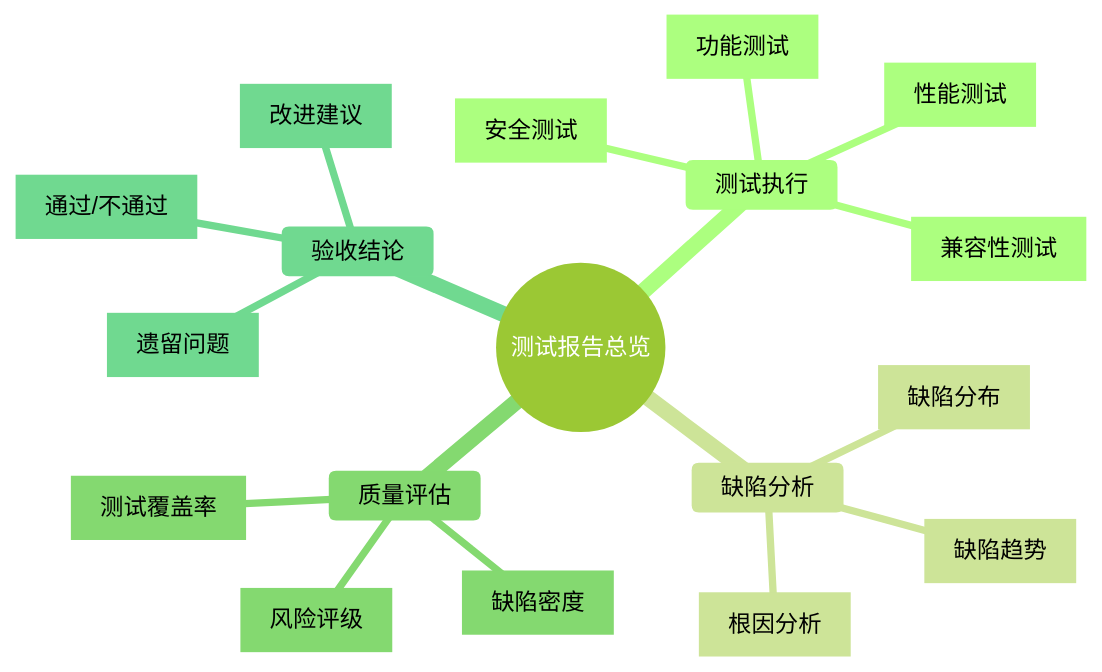
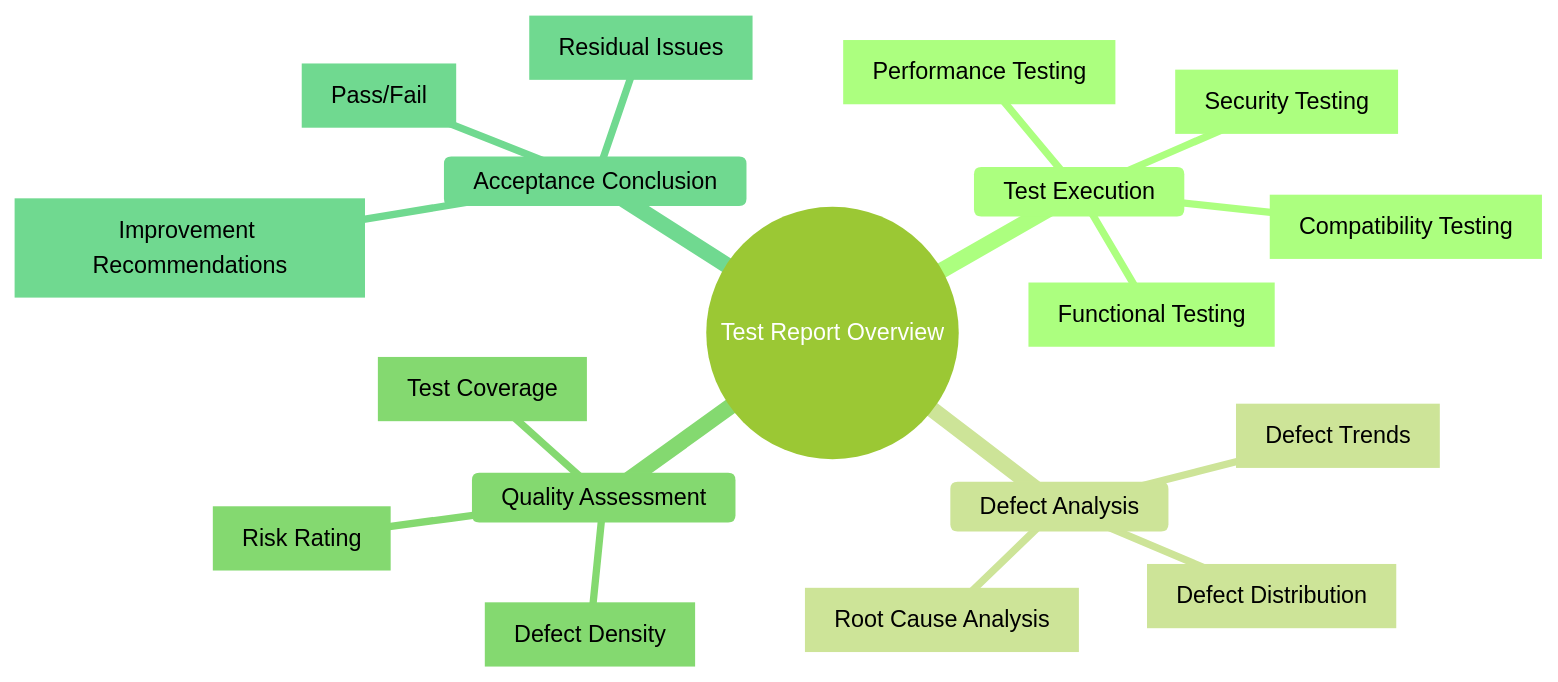
Before and after one commit to Kirky-X/cangjie: the first of 4 diagrams in templates/产品/交付层/【模板】测试报告.md, drawn with Mermaid (forest theme). The commit also changed other lines of this file and 46 other files, not shown here.

````diff
--- a/templates/产品/交付层/【模板】测试报告.md
+++ b/templates/产品/交付层/【模板】测试报告.md
@@ -74,21 +74,21 @@
 ```mermaid
 mindmap
-  root((测试报告总览))
-    测试执行
-      [功能测试]
-      [性能测试]
-      [安全测试]
-      [兼容性测试]
-    缺陷分析
-      [缺陷分布]
-      [缺陷趋势]
-      [根因分析]
-    质量评估
-      [测试覆盖率]
-      [缺陷密度]
-      [风险评级]
-    验收结论
-      [通过/不通过]
-      [遗留问题]
-      [改进建议]
+  root((Test Report Overview))
+    Test Execution
+      [Functional Testing]
+      [Performance Testing]
+      [Security Testing]
+      [Compatibility Testing]
+    Defect Analysis
+      [Defect Distribution]
+      [Defect Trends]
+      [Root Cause Analysis]
+    Quality Assessment
+      [Test Coverage]
+      [Defect Density]
+      [Risk Rating]
+    Acceptance Conclusion
+      [Pass/Fail]
+      [Residual Issues]
+      [Improvement Recommendations]
 ```
````
